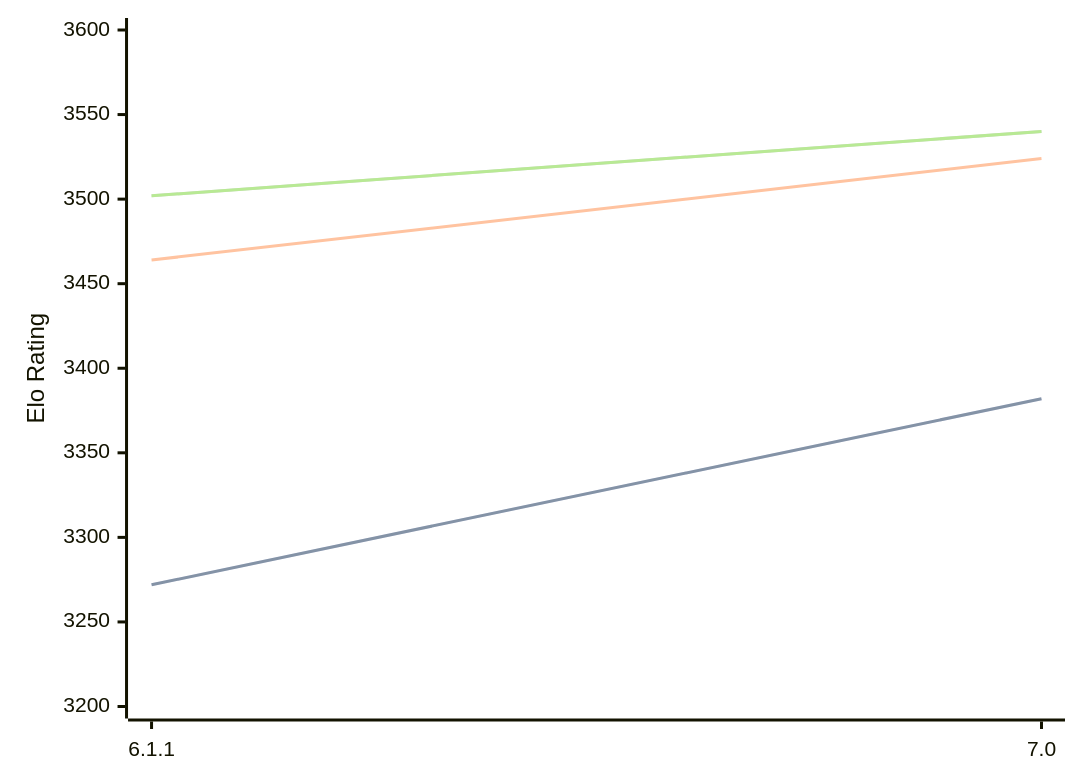
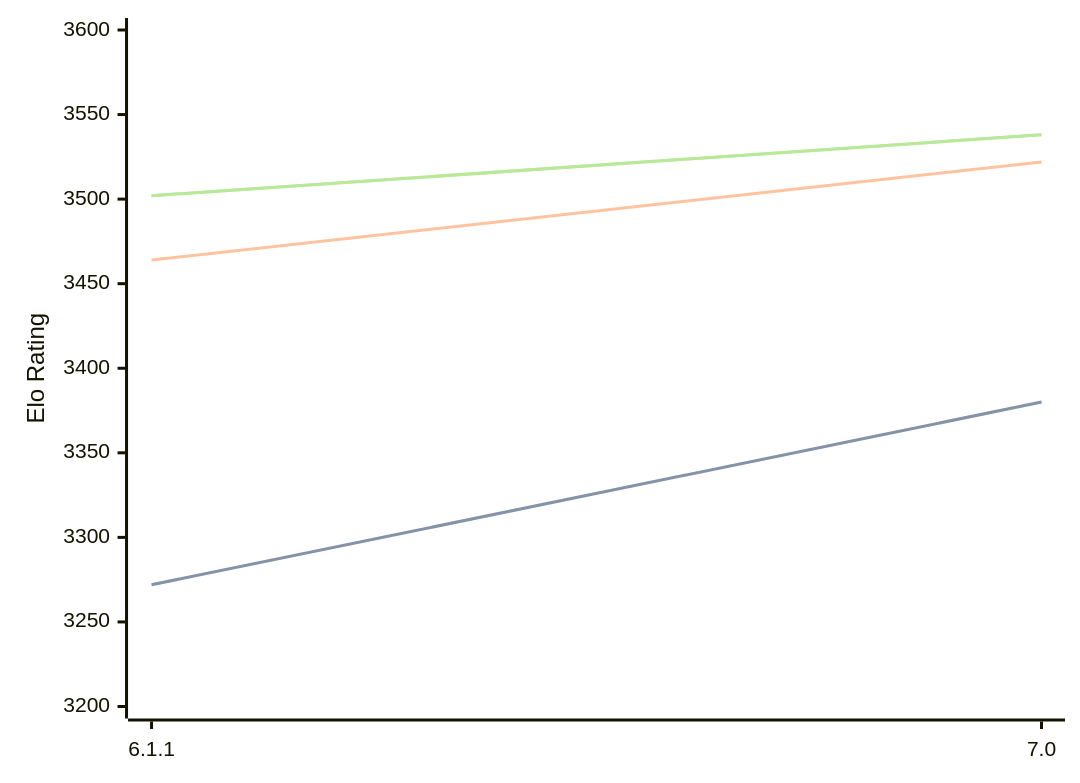
Before and after one commit to computer-chess-index/cci: the diagram in engines/Astra.md, drawn with Mermaid. The commit also changed other lines of this file, not shown here.

Commit message:
Update CCI Ratings (ELO VLTC) - 2026-08-03

````diff
--- a/engines/Astra.md
+++ b/engines/Astra.md
@@ -44,11 +44,11 @@
 ```mermaid
 %%{init: {"theme":"base","themeVariables":{"seriesColors:['#a3a3a3','#222221','#faa371']}}}%%
 xychart-beta
   x-axis ["6.1.1", "7.0"]
   y-axis "Elo Rating" 3200 --> 3600
-  line "STC (8.0+0.08s)" [3272, 3382]
-  line "STC (8.0+0.08s)" [3272, 3382]
-  line "LTC (60.0+0.60s)" [3464, 3524]
-  line "VLTC (2m24s+1.12s)" [3502, 3540]
-  line "VLTC (2m24s+1.12s)" [3502, 3540]
+  line "STC (8.0+0.08s)" [3272, 3380]
+  line "STC (8.0+0.08s)" [3272, 3380]
+  line "LTC (60.0+0.60s)" [3464, 3522]
+  line "VLTC (2m24s+1.12s)" [3502, 3538]
+  line "VLTC (2m24s+1.12s)" [3502, 3538]
 ```
````
